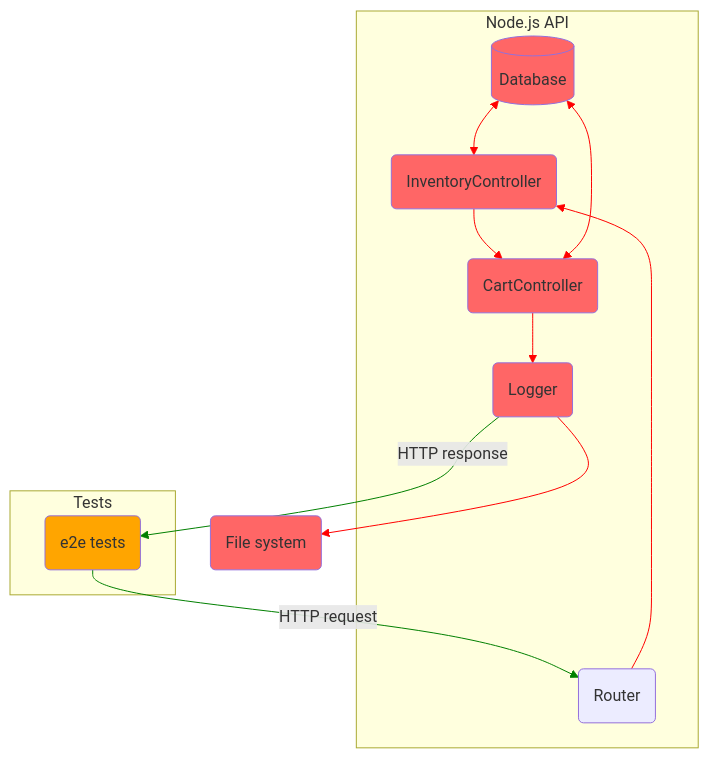
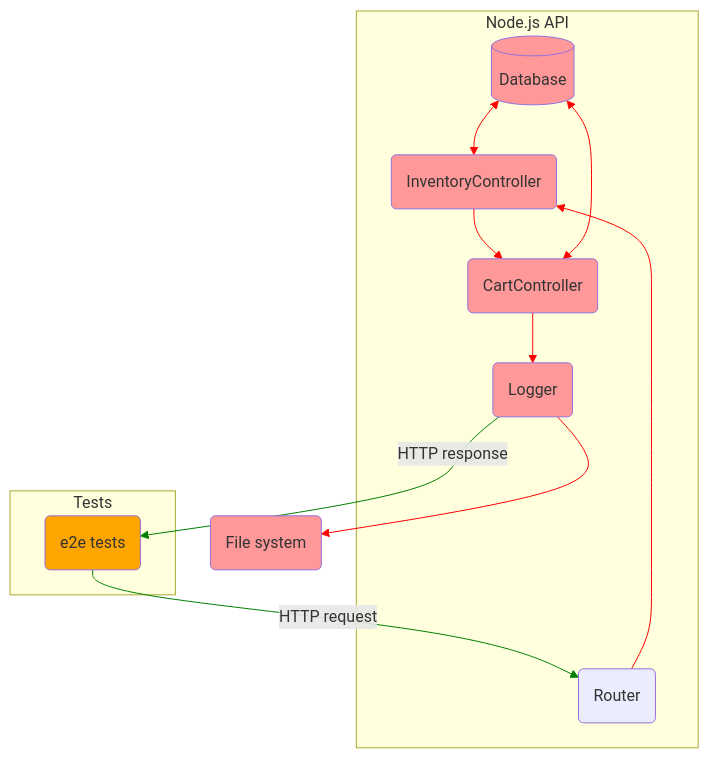
Before and after one commit to aleksandr-kiliushin/learning: the first of 2 diagrams in summaries/testing-javascript-applications.md, drawn with Mermaid. The commit also changed other lines of this file, not shown here.

````diff
--- a/summaries/testing-javascript-applications.md
+++ b/summaries/testing-javascript-applications.md
@@ -19,31 +19,31 @@
 ```mermaid
   flowchart TB
     db[(Database)]
     router(Router)
     e2e-tests(e2e tests)
     logger(Logger)
     InventoryController(InventoryController)
     CartController(CartController)
     file-system(File system)
 
     subgraph Node.js API
       router-->InventoryController
       InventoryController:::red-->CartController
       db:::red<-->InventoryController
       db<-->CartController
       CartController:::red-->logger:::red
     end
 
     subgraph Tests
       e2e-tests:::orange
     end
 
     logger-->file-system:::red
     e2e-tests--HTTP request-->router
     logger--HTTP response-->e2e-tests
 
-    classDef red fill:#ff6666;
+    classDef red fill:#ff9999;
     classDef orange fill:orange;
     linkStyle 0,1,2,3,4,5 stroke:red  ;
     linkStyle 6,7         stroke:green;
 ```
````
